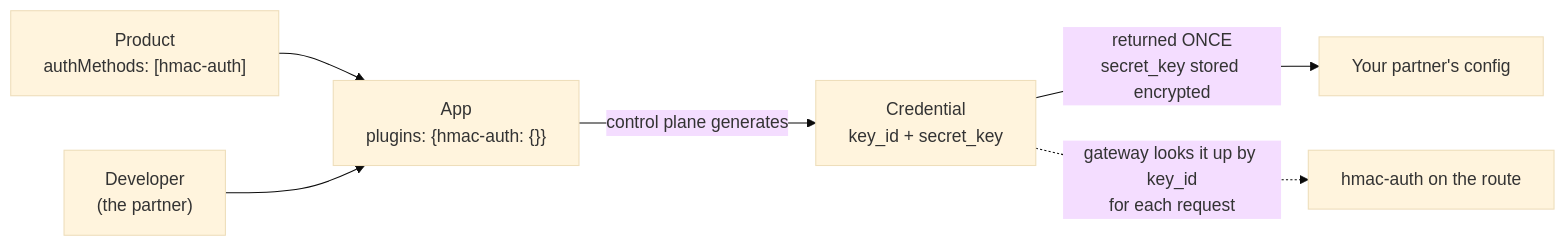
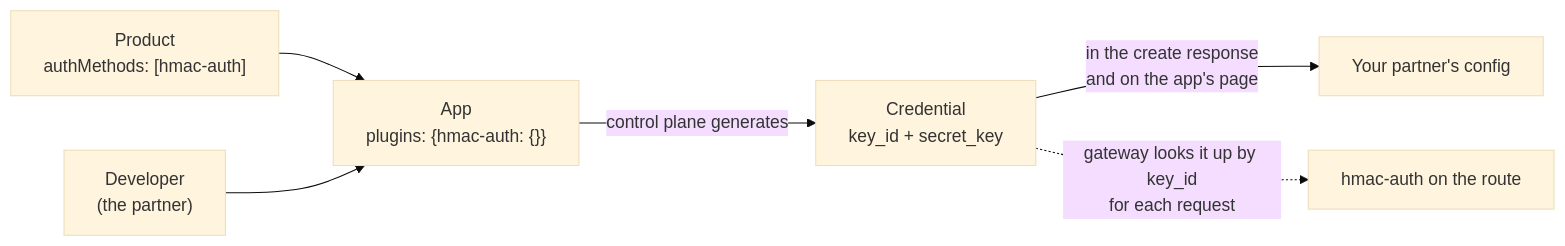
The third of 3 diagrams in solutions/06-hmac-auth/architecture.md (digitalapicraft/api-gateway-solutions), drawn with Mermaid (base theme) before and after one commit. The commit also changed other lines of this file and 3 other files, not shown here.

````diff
--- a/solutions/06-hmac-auth/architecture.md
+++ b/solutions/06-hmac-auth/architecture.md
@@ -223,8 +225,8 @@
 ```mermaid
 flowchart LR
     P["Product<br/>authMethods: [hmac-auth]"] --> A
     D["Developer<br/>(the partner)"] --> A
     A["App<br/>plugins: {hmac-auth: {}}"] -->|"control plane generates"| C["Credential<br/>key_id + secret_key"]
-    C -->|"returned ONCE<br/>secret_key stored encrypted"| O["Your partner's config"]
+    C -->|"in the create response<br/>and on the app's page"| O["Your partner's config"]
     C -.->|"gateway looks it up by key_id<br/>for each request"| GW["hmac-auth on the route"]
 ```
````
